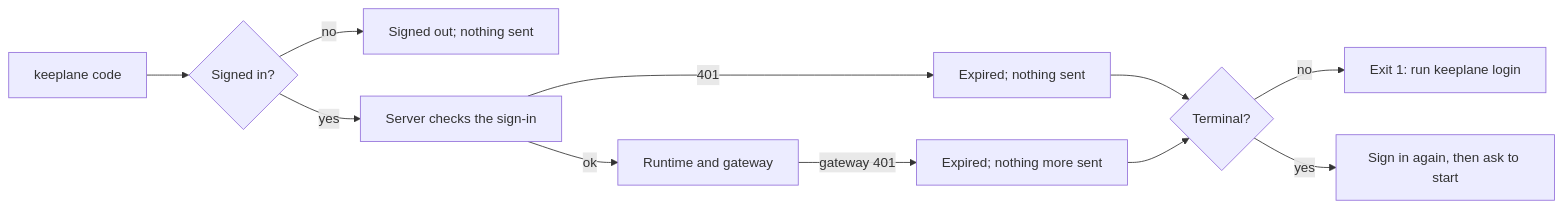
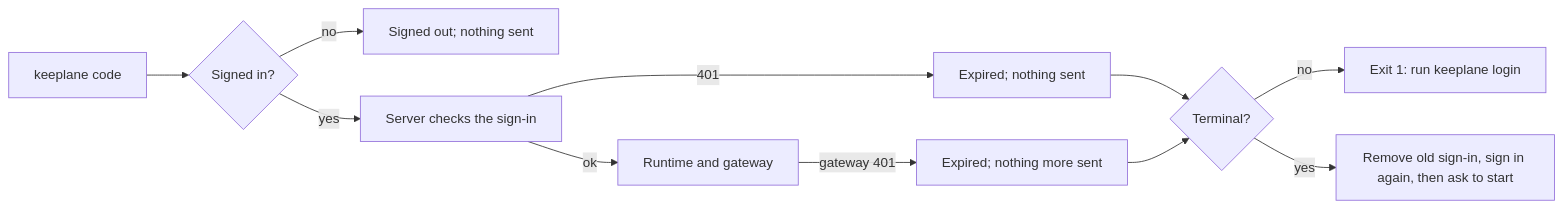
Before and after one commit to OsamaFelFel/keeplane: the first of 2 diagrams in docs/guide/cli-coding.md, drawn with Mermaid. The commit also changed other lines of this file and 7 other files, not shown here.

````diff
--- a/docs/guide/cli-coding.md
+++ b/docs/guide/cli-coding.md
@@ -112,13 +149,13 @@
 ```mermaid
 flowchart LR
   Code[keeplane code] --> Saved{Signed in?}
   Saved -->|no| Out[Signed out; nothing sent]
   Saved -->|yes| Server[Server checks the sign-in]
   Server -->|401| Expired[Expired; nothing sent]
   Server -->|ok| Runtime[Runtime and gateway]
   Runtime -->|gateway 401| Expired2[Expired; nothing more sent]
   Expired --> Terminal{Terminal?}
   Expired2 --> Terminal
   Terminal -->|no| Exit[Exit 1: run keeplane login]
-  Terminal -->|yes| Offer[Sign in again, then ask to start]
+  Terminal -->|yes| Offer[Remove old sign-in, sign in again, then ask to start]
 ```
````
